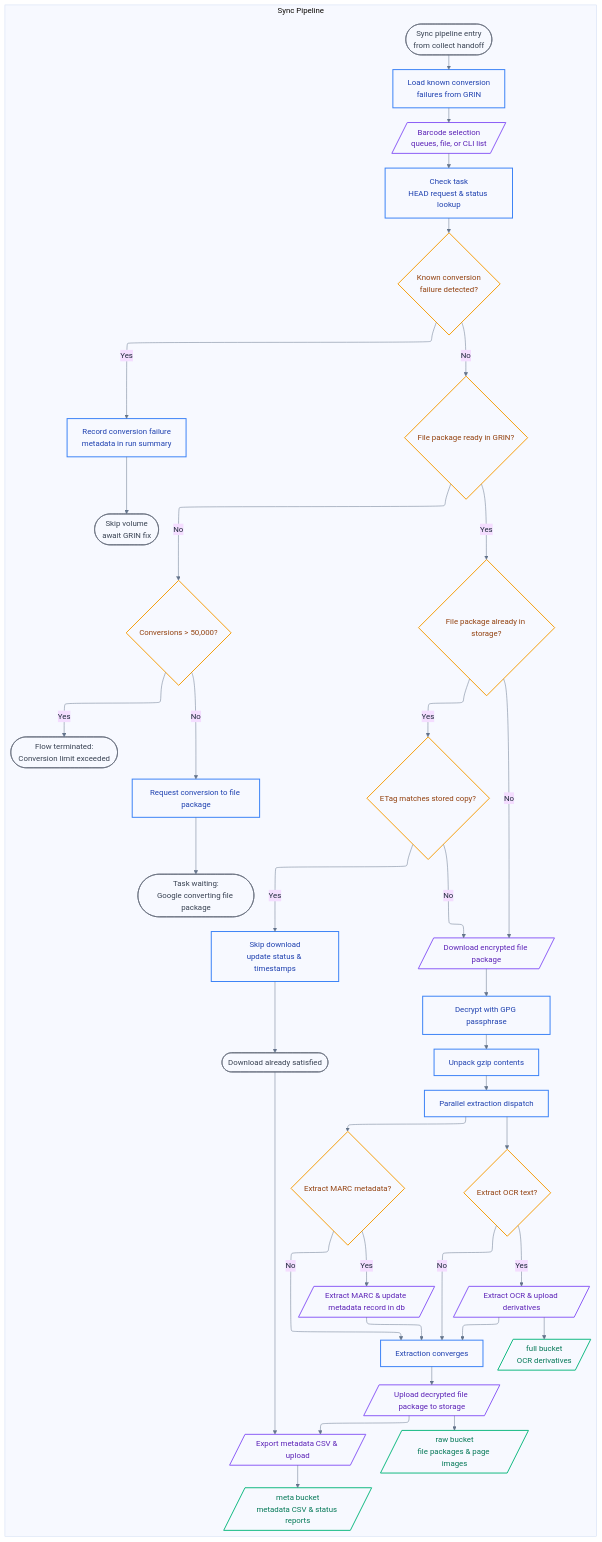
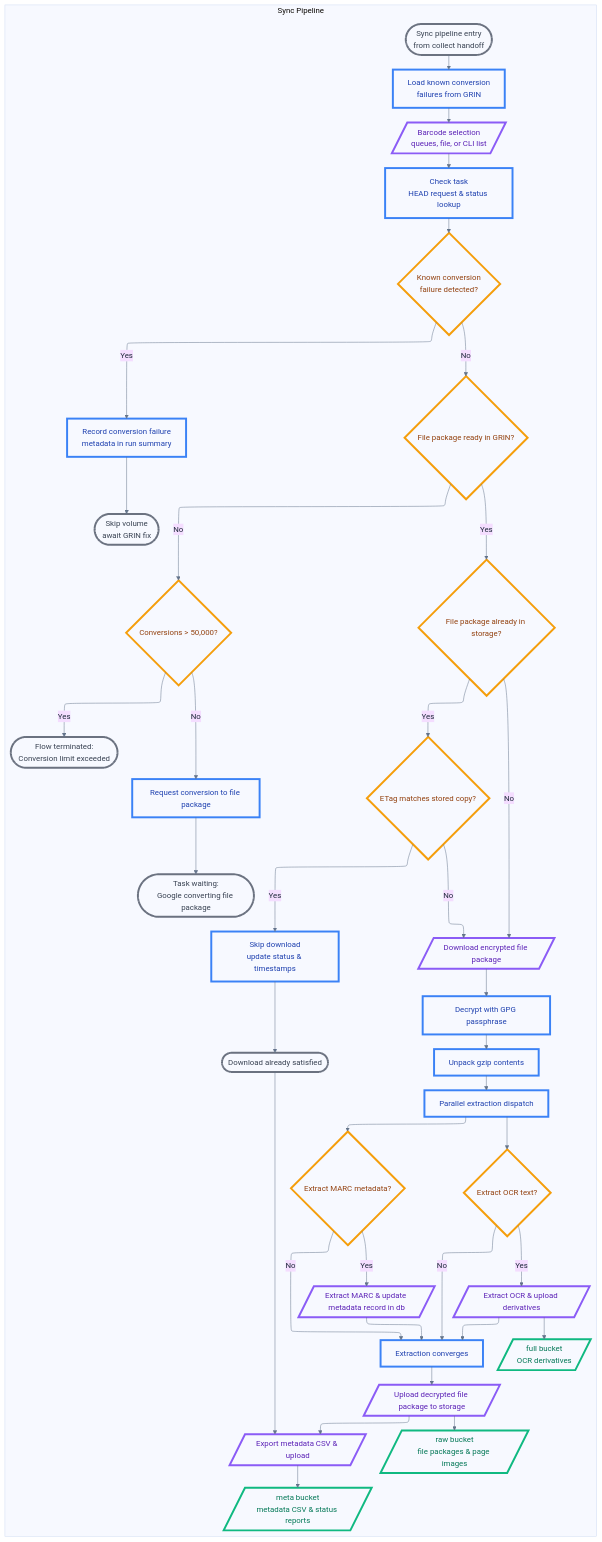
Before and after one commit to institutional/grin-transfer: the diagram in docs/diagrams/sync-pipeline.mmd, drawn with Mermaid. The commit also changed 20 other files, not shown here.

First line of the commit message:
More readable diagrams (#352)

```diff
--- a/docs/diagrams/sync-pipeline.mmd
+++ b/docs/diagrams/sync-pipeline.mmd
@@ -1,44 +1,44 @@
 %%{init: {"theme": "base", "themeVariables": {"primaryTextColor": "#1e293b", "primaryBorderColor": "#475569", "lineColor": "#64748b", "background": "transparent", "mainBkg": "transparent", "secondBkg": "transparent"}, "flowchart": {"defaultRenderer": "elk", "elk": {"elk.direction": "DOWN"}}}}%%
 flowchart TD
     subgraph Sync Pipeline
         SyncStart([Sync pipeline entry<br/>from collect handoff]):::terminal --> FailureCatalog[Load known conversion<br/>failures from GRIN]:::process
         FailureCatalog --> I[/Barcode selection<br/>queues, file, or CLI list/]:::io
         I --> J[Check task<br/>HEAD request & status lookup]:::process
         J --> FailureCheck{Known conversion<br/>failure detected?}:::decision
         FailureCheck -->|Yes| FailureTrack[Record conversion failure<br/>metadata in run summary]:::process
         FailureTrack --> FailureExit([Skip volume<br/>await GRIN fix]):::terminal
         FailureCheck -->|No| K{File package ready in GRIN?}:::decision
         K -->|No| ConversionCheck{Conversions > 50,000?}:::decision
         ConversionCheck -->|Yes| Terminate([Flow terminated:<br/>Conversion limit exceeded]):::terminal
         ConversionCheck -->|No| L[Request conversion to file package]:::process
         L --> Waiting([Task waiting:<br/>Google converting file package]):::terminal
         K -->|Yes| M{File package already in storage?}:::decision
         M -->|No| O[/Download encrypted file package/]:::io
         M -->|Yes| N{ETag matches stored copy?}:::decision
         N -->|Yes| P[Skip download<br/>update status & timestamps]:::process
         P --> P_done([Download already satisfied]):::terminal
         N -->|No| O
         P_done --> Q[/Export metadata CSV & upload/]:::io
         O --> R[Decrypt with GPG passphrase]:::process
         R --> S[Unpack gzip contents]:::process
         S --> Fork[Parallel extraction dispatch]:::process
         Fork --> T{Extract MARC metadata?}:::decision
         Fork --> X{Extract OCR text?}:::decision
         T -->|Yes| U[/Extract MARC & update metadata record in db/]:::io
         T -->|No| Merge[Extraction converges]:::process
         U --> Merge
         X -->|Yes| Y[/Extract OCR & upload derivatives/]:::io
         X -->|No| Merge
         Y --> FullBucket[/full bucket<br/>OCR derivatives/]:::storage
         Y --> Merge
         Merge --> AA[/Upload decrypted file package to storage/]:::io
         AA --> RawBucket[/raw bucket<br/>file packages & page images/]:::storage
         AA --> Q
         Q --> MetaBucket[/meta bucket<br/>metadata CSV & status reports/]:::storage
     end
 
-    classDef terminal fill:none,stroke:#6b7280,stroke-width:2px,color:#374151
-    classDef process fill:none,stroke:#3b82f6,stroke-width:2px,color:#1e40af
-    classDef decision fill:none,stroke:#f59e0b,stroke-width:2px,color:#92400e
-    classDef storage fill:none,stroke:#10b981,stroke-width:2px,color:#047857
-    classDef io fill:none,stroke:#8b5cf6,stroke-width:2px,color:#5b21b6
+    classDef terminal fill:none,stroke:#6b7280,stroke-width:4px,color:#374151
+    classDef process fill:none,stroke:#3b82f6,stroke-width:4px,color:#1e40af
+    classDef decision fill:none,stroke:#f59e0b,stroke-width:4px,color:#92400e
+    classDef storage fill:none,stroke:#10b981,stroke-width:4px,color:#047857
+    classDef io fill:none,stroke:#8b5cf6,stroke-width:4px,color:#5b21b6
```
